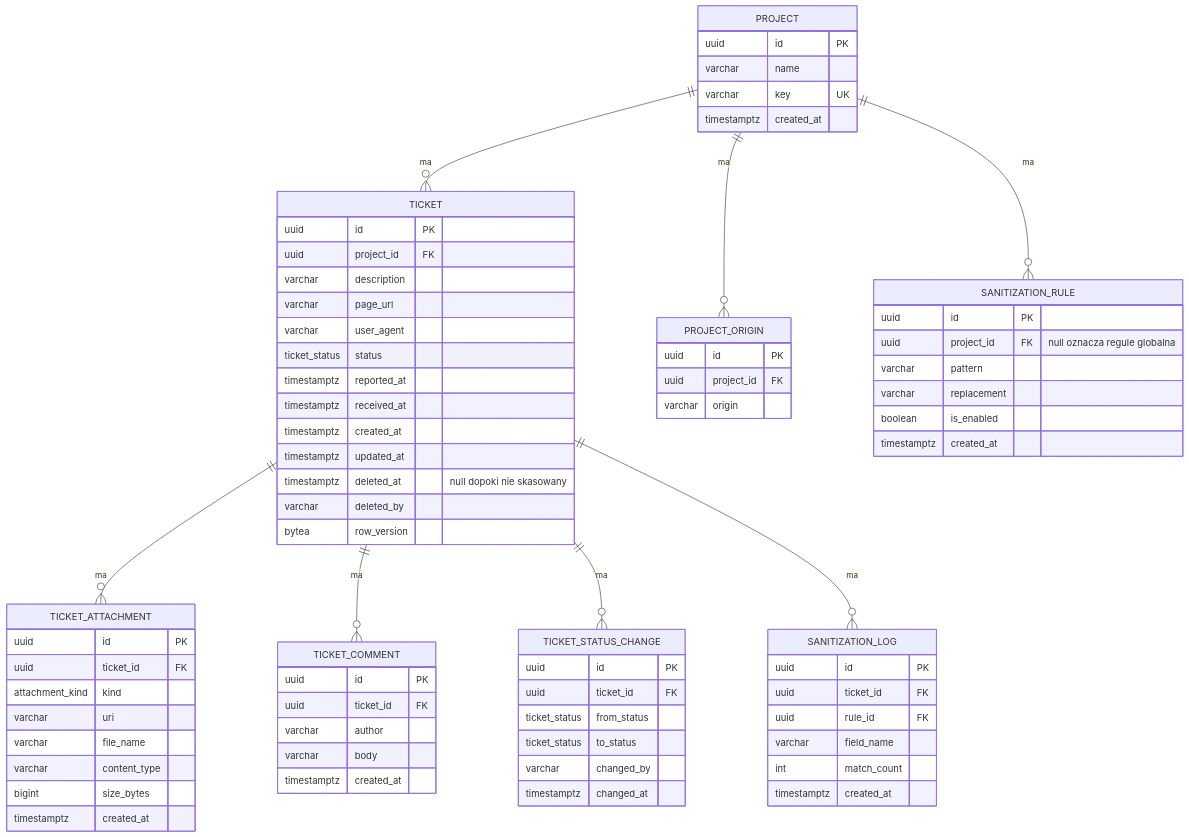
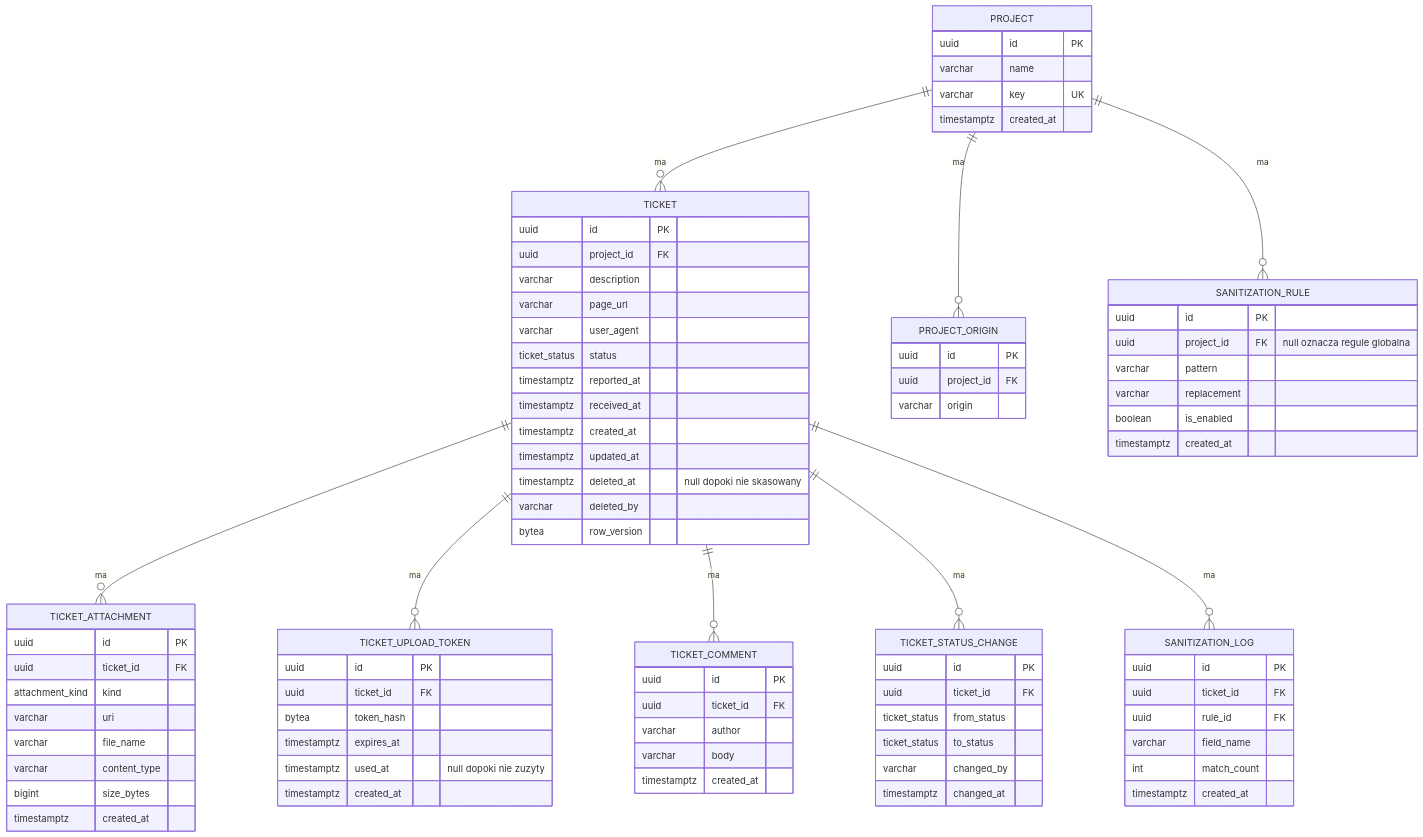
The diagram in docs/api.md (MarshallBjorn/bug-shot), drawn with Mermaid before and after one commit. The commit also changed other lines of this file and 9 other files, not shown here.

Commit message:
feat(backend): issue single-use upload token on ticket creation

```diff
--- a/docs/api.md
+++ b/docs/api.md
@@ -12,6 +12,7 @@
     PROJECT ||--o{ PROJECT_ORIGIN : "ma"
     PROJECT ||--o{ SANITIZATION_RULE : "ma"
     TICKET ||--o{ TICKET_ATTACHMENT : "ma"
+    TICKET ||--o{ TICKET_UPLOAD_TOKEN : "ma"
     TICKET ||--o{ TICKET_COMMENT : "ma"
     TICKET ||--o{ TICKET_STATUS_CHANGE : "ma"
     TICKET ||--o{ SANITIZATION_LOG : "ma"
@@ -74,6 +75,15 @@
         timestamptz created_at
     }
 
+    TICKET_UPLOAD_TOKEN {
+        uuid id PK
+        uuid ticket_id FK
+        bytea token_hash
+        timestamptz expires_at
+        timestamptz used_at "null dopoki nie zuzyty"
+        timestamptz created_at
+    }
+
     TICKET_COMMENT {
         uuid id PK
         uuid ticket_id FK
```
